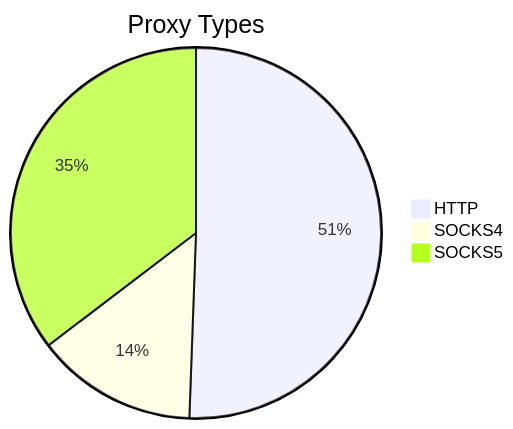
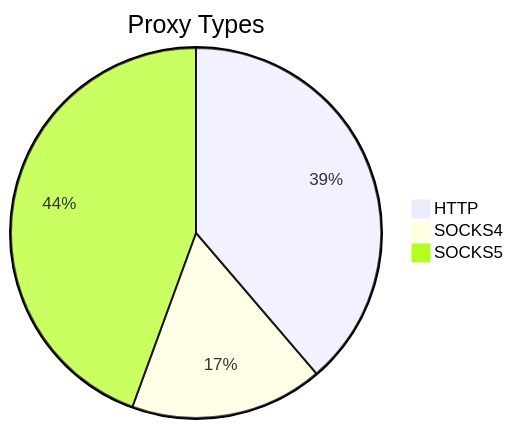
Before and after one commit to stormsia/proxy-list: the first of 2 diagrams in README.md, drawn with Mermaid. The commit also changed other lines of this file, not shown here.

````diff
--- a/README.md
+++ b/README.md
@@ -21,6 +21,6 @@
 ```mermaid
 pie title Proxy Types
-    "HTTP" : 133
-    "SOCKS4" : 37
-    "SOCKS5" : 93
+    "HTTP" : 177
+    "SOCKS4" : 77
+    "SOCKS5" : 203
 ```
````
